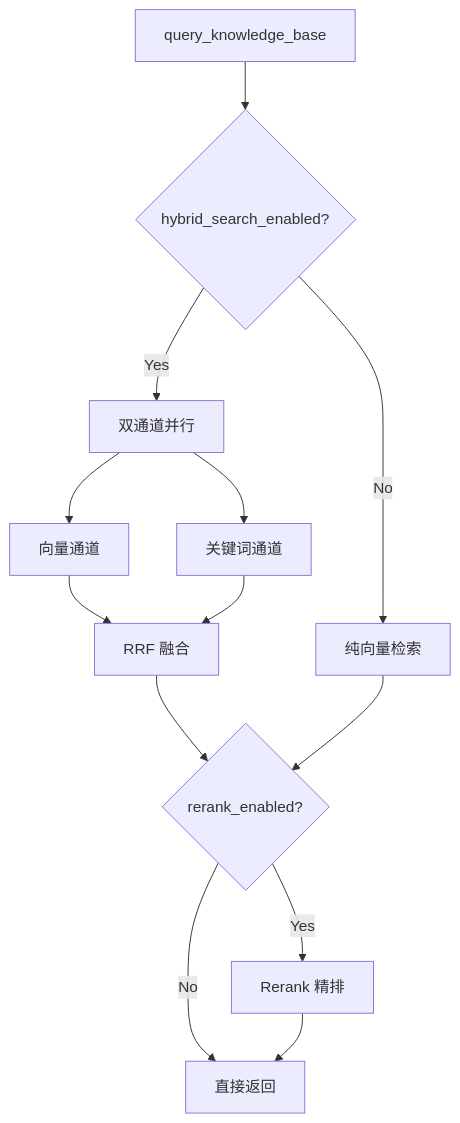
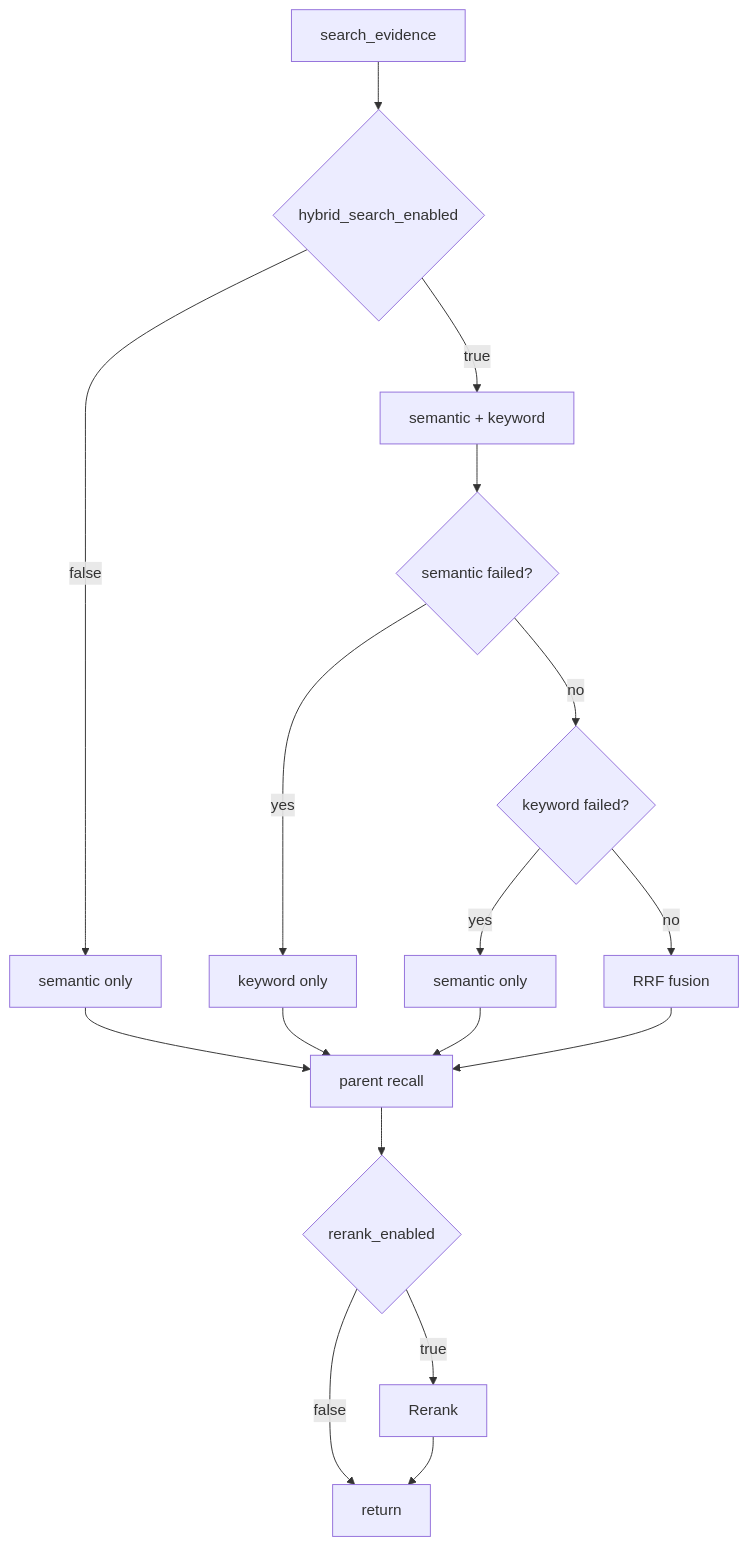
One commit to EtherealStar/InsightForge changed the second of 2 diagrams in docs/flows/search-flow.md. Above: the diagram before and after it, drawn with Mermaid. The commit also changed other lines of this file and 243 other files, not shown here.

````diff
--- a/docs/flows/search-flow.md
+++ b/docs/flows/search-flow.md
@@ -106,15 +104,19 @@
 ```mermaid
 graph TD
-    A[query_knowledge_base] --> B{hybrid_search_enabled?}
-    B -->|Yes| C[双通道并行]
-    B -->|No| D[纯向量检索]
-    C --> E[向量通道]
-    C --> F[关键词通道]
-    E --> G[RRF 融合]
-    F --> G
-    G --> H{rerank_enabled?}
-    D --> H
-    H -->|Yes| I[Rerank 精排]
-    H -->|No| J[直接返回]
+    A[search_evidence] --> B{hybrid_search_enabled}
+    B -->|true| C[semantic + keyword]
+    B -->|false| D[semantic only]
+    C --> E{semantic failed?}
+    E -->|yes| F[keyword only]
+    E -->|no| G{keyword failed?}
+    G -->|yes| H[semantic only]
+    G -->|no| I[RRF fusion]
+    D --> J[parent recall]
+    F --> J
+    H --> J
     I --> J
+    J --> K{rerank_enabled}
+    K -->|true| L[Rerank]
+    K -->|false| M[return]
+    L --> M
 ```
````
